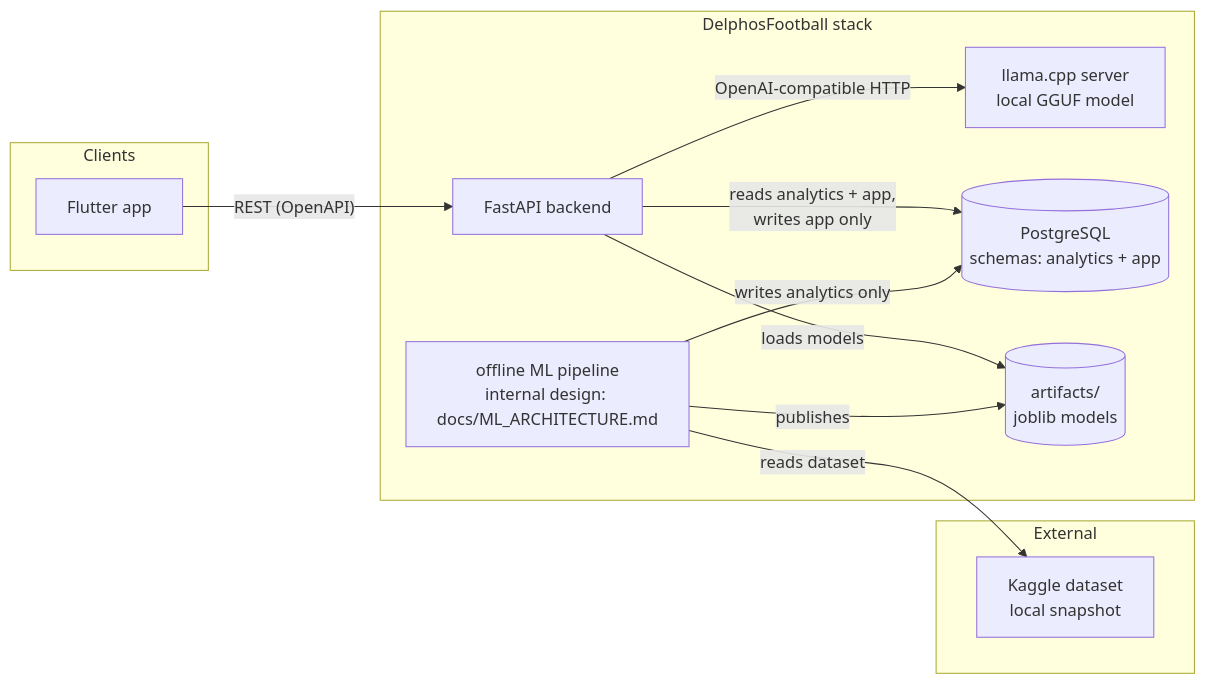
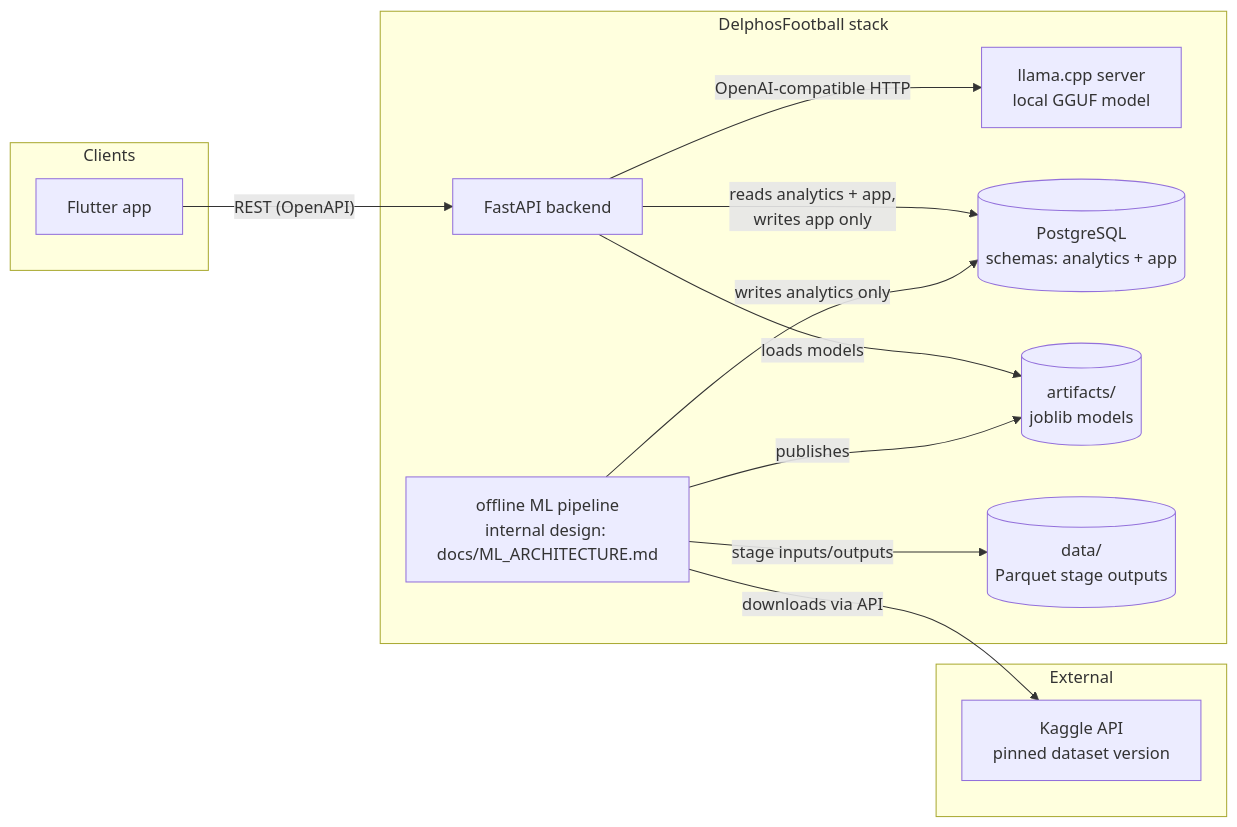
One commit to GustavoVaAsc/DelphosFootball changed the first of 4 diagrams in docs/ARCHITECTURE.md. Above: the diagram before and after it, drawn with Mermaid. The commit also changed other lines of this file, not shown here.

First line of the commit message:
docs(architecture): record ADR-007 to ADR-010 and apply them

````diff
--- a/docs/ARCHITECTURE.md
+++ b/docs/ARCHITECTURE.md
@@ -66,26 +66,28 @@
 ```mermaid
 flowchart LR
     subgraph clients [Clients]
         UI[Flutter app]
     end
 
     subgraph stack [DelphosFootball stack]
         API[FastAPI backend]
         LLM[llama.cpp server<br/>local GGUF model]
         PIPE["offline ML pipeline<br/>internal design: docs/ML_ARCHITECTURE.md"]
         DB[("PostgreSQL<br/>schemas: analytics + app")]
         ART[("artifacts/<br/>joblib models")]
+        DATA[("data/<br/>Parquet stage outputs")]
     end
 
     subgraph external [External]
-        KAGGLE[Kaggle dataset<br/>local snapshot]
+        KAGGLE["Kaggle API<br/>pinned dataset version"]
     end
 
     UI -->|"REST (OpenAPI)"| API
     API -->|"reads analytics + app,<br/>writes app only"| DB
     API -->|"loads models"| ART
     API -->|"OpenAI-compatible HTTP"| LLM
-    PIPE -->|"reads dataset"| KAGGLE
+    PIPE -->|"downloads via API"| KAGGLE
+    PIPE -->|"stage inputs/outputs"| DATA
     PIPE -->|"writes analytics only"| DB
     PIPE -->|"publishes"| ART
 ```
````
